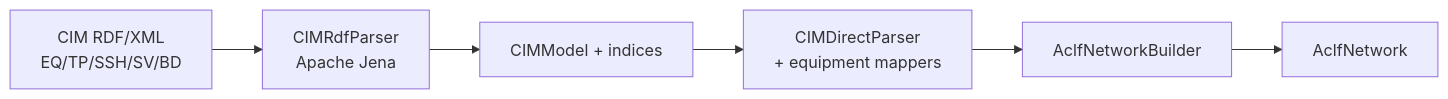
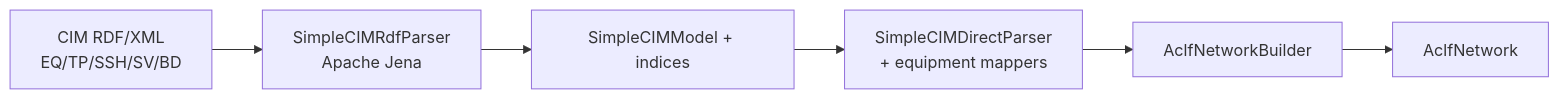
Before and after one commit to InterPSS-Project/ipss-plugin: the third of 3 diagrams in docs/odm/file_adapter_odm_bypass_aclfnet-plan.md, drawn with Mermaid. The commit also changed other lines of this file and 19 other files, not shown here.

First line of the commit message:
Refactor CIM parsing classes and mappers

````diff
--- a/docs/odm/file_adapter_odm_bypass_aclfnet-plan.md
+++ b/docs/odm/file_adapter_odm_bypass_aclfnet-plan.md
@@ -210,8 +210,8 @@
 ```mermaid
 flowchart LR
-  CimFiles["CIM RDF/XML\nEQ/TP/SSH/SV/BD"] --> Rdf["CIMRdfParser\nApache Jena"]
-  Rdf --> Model["CIMModel + indices"]
-  Model --> Direct["CIMDirectParser\n+ equipment mappers"]
+  CimFiles["CIM RDF/XML\nEQ/TP/SSH/SV/BD"] --> Rdf["SimpleCIMRdfParser\nApache Jena"]
+  Rdf --> Model["SimpleCIMModel + indices"]
+  Model --> Direct["SimpleCIMDirectParser\n+ equipment mappers"]
   Direct --> Builder["AclfNetworkBuilder"]
   Builder --> Net["AclfNetwork"]
 ```
````
